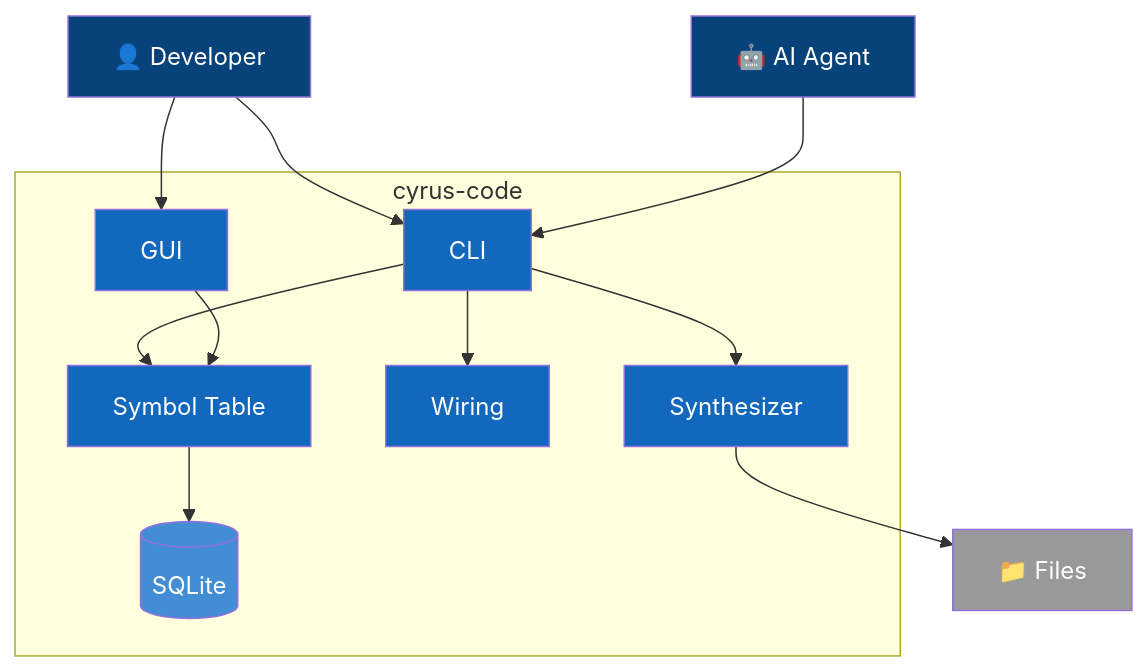
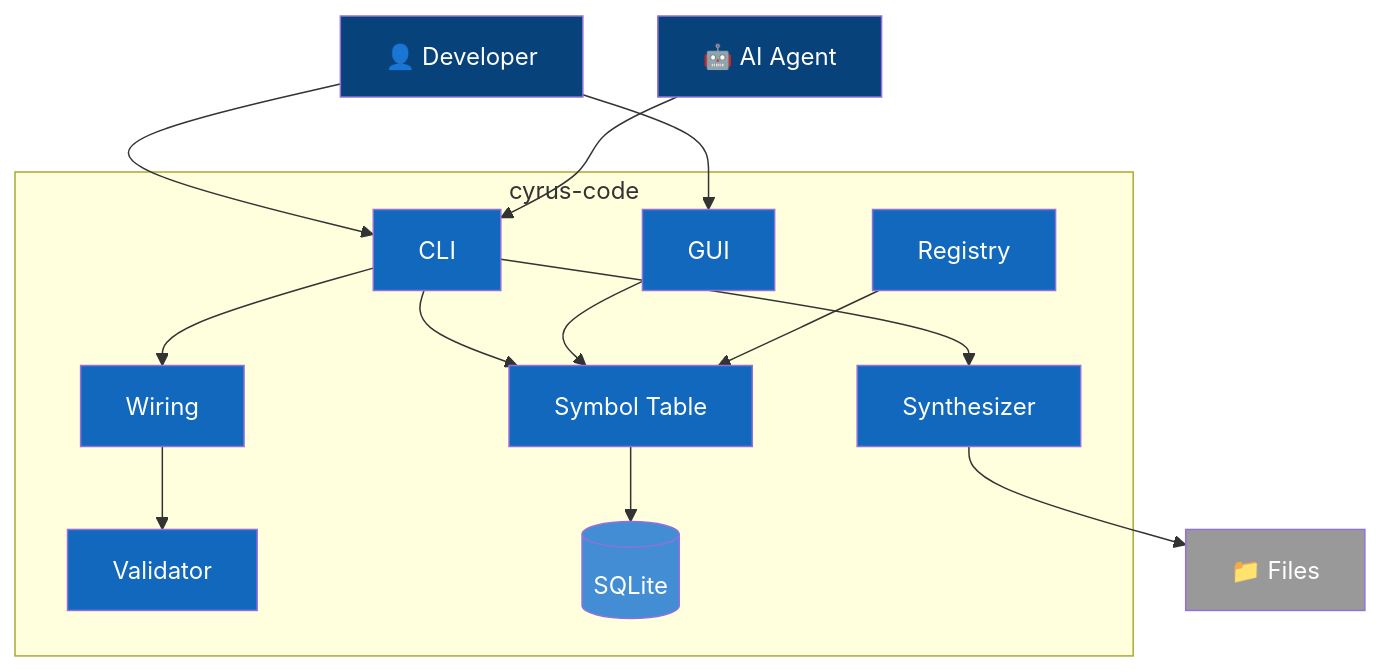
Before and after one commit to louipr/cyrus-code: the diagram in docs/c4/2-container.md, drawn with Mermaid. The commit also changed 3 other files, not shown here.

First line of the commit message:
fix(c4): convert L3 Component diagram to flowchart TD for readability

````diff
--- a/docs/c4/2-container.md
+++ b/docs/c4/2-container.md
@@ -15,30 +15,33 @@
 ```mermaid
 flowchart TD
     dev["👤 Developer"] --> cli & gui
     ai["🤖 AI Agent"] --> cli
 
     subgraph cyrus ["cyrus-code"]
         cli["CLI"]
         gui["GUI"]
         st["Symbol Table"]
+        reg["Registry"]
+        val["Validator"]
         wire["Wiring"]
         synth["Synthesizer"]
         db[("SQLite")]
     end
 
     cli & gui --> st
-    cli --> wire
+    cli --> wire --> val
     cli --> synth
     st --> db
+    reg --> st
     synth --> fs["📁 Files"]
 
     classDef person fill:#08427b,color:#fff
     classDef container fill:#1168bd,color:#fff
     classDef storage fill:#438dd5,color:#fff
     classDef external fill:#999,color:#fff
 
     class dev,ai person
-    class cli,gui,st,wire,synth container
+    class cli,gui,st,reg,val,wire,synth container
     class db storage
     class fs external
 ```
````
